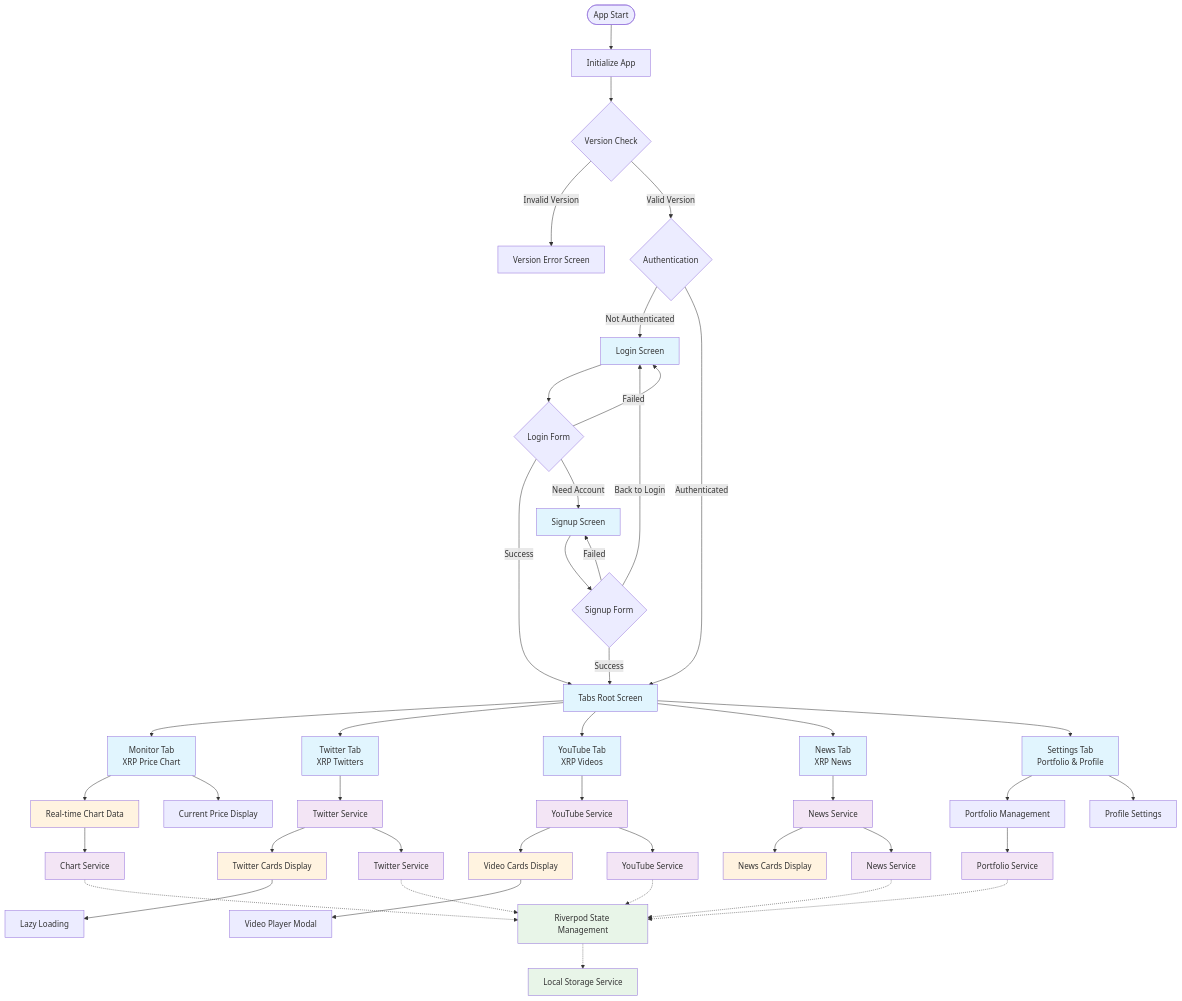
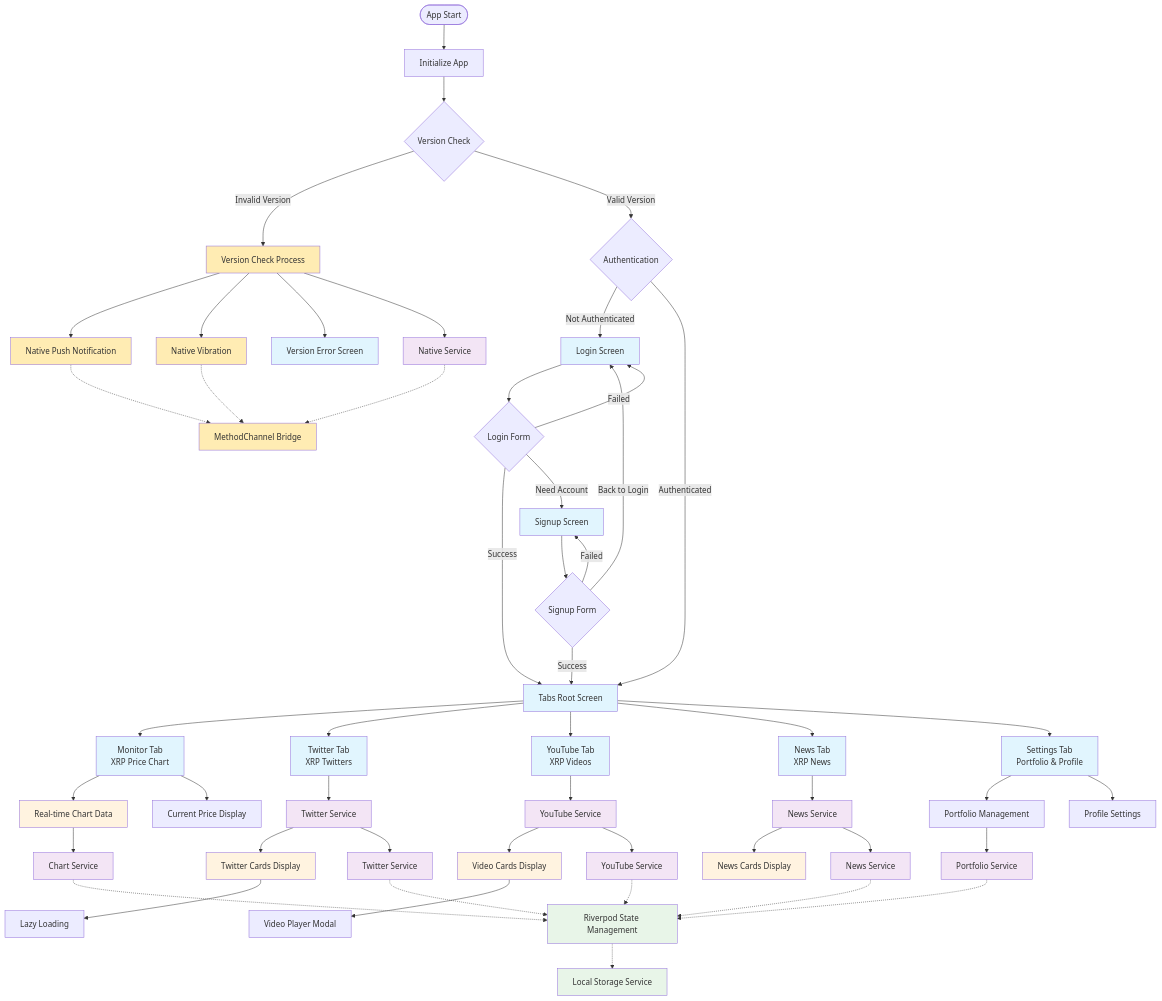
The first of 2 diagrams in README.md (anotheranotherhoon/xrp_monitor_flutter_app), drawn with Mermaid before and after one commit. The commit also changed other lines of this file and 6 other files, not shown here.

````diff
--- a/README.md
+++ b/README.md
@@ -21,8 +21,16 @@
 flowchart TD
     Start([App Start]) --> Init[Initialize App]
     Init --> Version{Version Check}
-    Version -->|Invalid Version| VersionError[Version Error Screen]
+    Version -->|Invalid Version| VersionProcess[Version Check Process]
     Version -->|Valid Version| Auth{Authentication}
+    
+    VersionProcess --> NativeNotification[Native Push Notification]
+    VersionProcess --> NativeVibration[Native Vibration]
+    VersionProcess --> VersionError[Version Error Screen]
+    
+    %% Native Bridge
+    NativeNotification -.-> MethodChannel[MethodChannel Bridge]
+    NativeVibration -.-> MethodChannel
 
     Auth -->|Not Authenticated| Login[Login Screen]
     Auth -->|Authenticated| TabsRoot[Tabs Root Screen]
@@ -76,14 +84,20 @@
 
     %% Storage
     Riverpod -.-> LocalStorage[Local Storage Service]
+    
+    %% Native Services
+    VersionProcess --> NativeService[Native Service]
+    NativeService -.-> MethodChannel
 
     classDef screen fill:#e1f5fe
     classDef service fill:#f3e5f5
     classDef state fill:#e8f5e8
     classDef api fill:#fff3e0
+    classDef native fill:#ffecb3
 
-    class Login,Signup,TabsRoot,Monitor,Twitter,YouTube,News,Settings screen
-    class TwitterAPI,YouTubeAPI,NewsAPI,CandleService,TwitterService,YouTubeService,NewsService,PortfolioService service
+    class Login,Signup,TabsRoot,Monitor,Twitter,YouTube,News,Settings,VersionError screen
+    class TwitterAPI,YouTubeAPI,NewsAPI,CandleService,TwitterService,YouTubeService,NewsService,PortfolioService,NativeService service
     class Riverpod,LocalStorage state
     class ChartData,TwitterCards,VideoCards,NewsCards api
+    class VersionProcess,NativeNotification,NativeVibration,MethodChannel native
 ```
````
